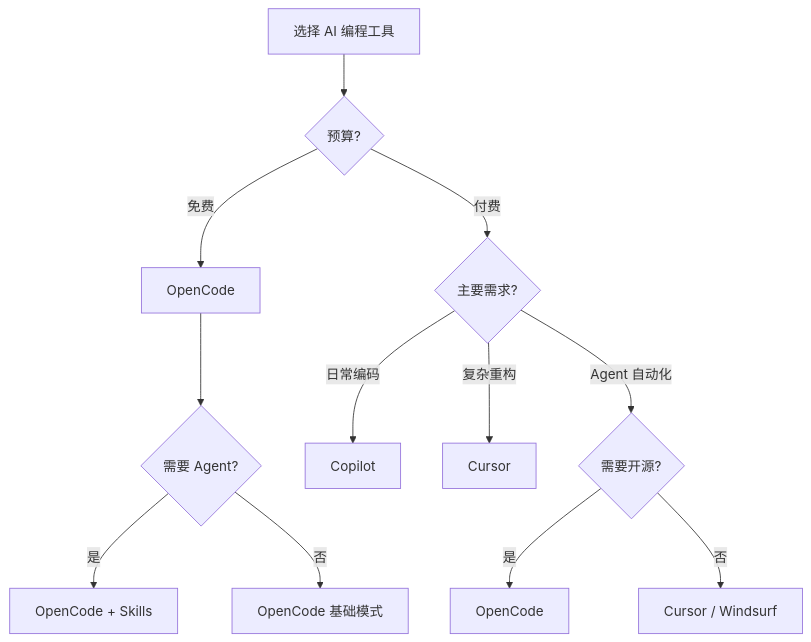
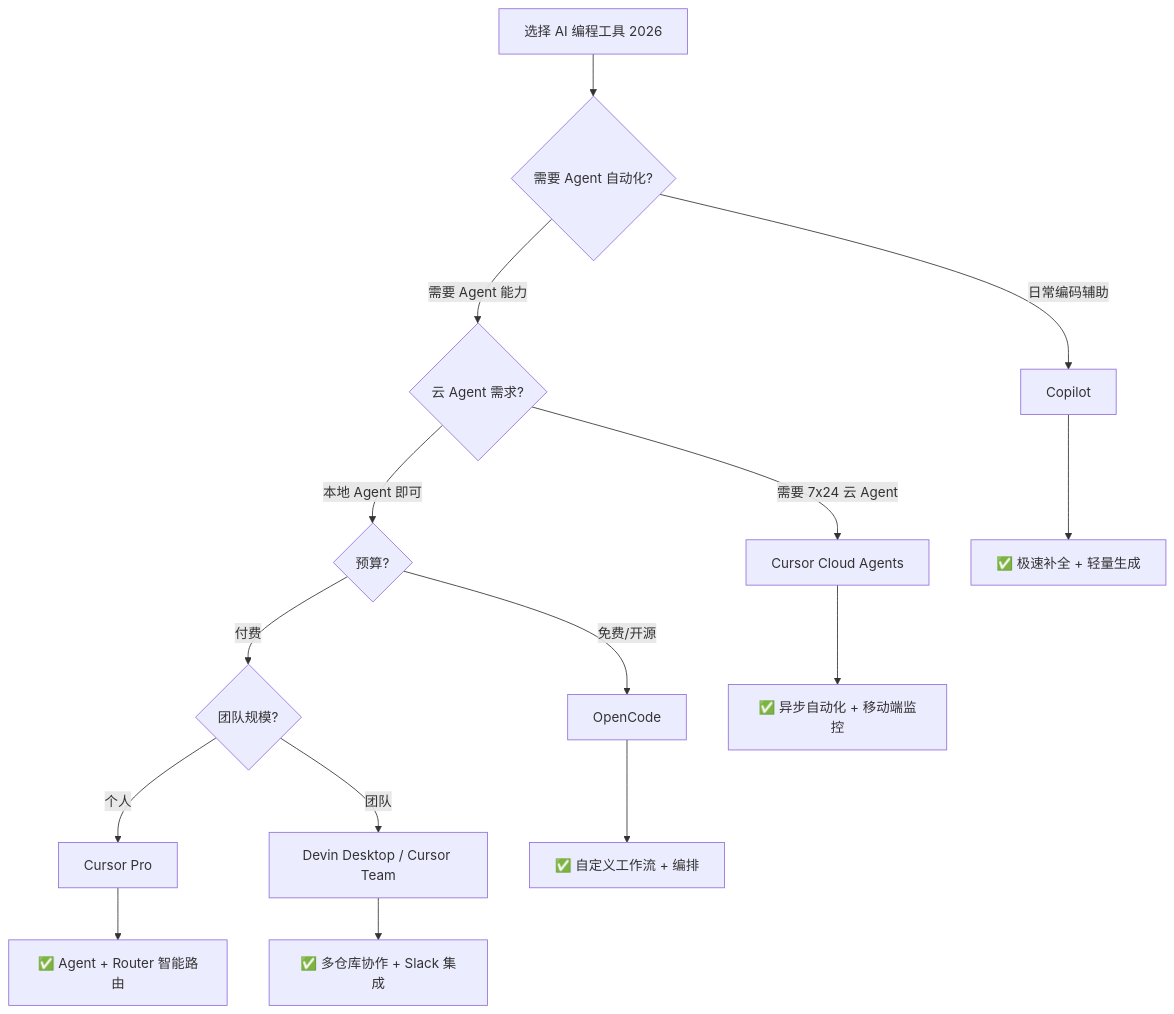
Before and after one commit to TonyXY/frontend-interview: the second of 2 diagrams in docs/ai-dev/ai-tools-overview.md, drawn with Mermaid. The commit also changed other lines of this file and 5 other files, not shown here.

````diff
--- a/docs/ai-dev/ai-tools-overview.md
+++ b/docs/ai-dev/ai-tools-overview.md
@@ -98,16 +113,21 @@
 ```mermaid
 graph TD
-    A[选择 AI 编程工具] --> B{预算?}
-    B -->|免费| C[OpenCode]
-    B -->|付费| D{主要需求?}
+    A[选择 AI 编程工具 2026] --> B{需要 Agent 自动化?}
+    B -->|日常编码辅助| C[Copilot]
+    B -->|需要 Agent 能力| D{云 Agent 需求?}
     
-    D -->|日常编码| E[Copilot]
-    D -->|复杂重构| F[Cursor]
-    D -->|Agent 自动化| G{需要开源?}
-    G -->|是| H[OpenCode]
-    G -->|否| I[Cursor / Windsurf]
+    D -->|需要 7x24 云 Agent| E[Cursor Cloud Agents]
+    D -->|本地 Agent 即可| F{预算?}
     
-    C --> J{需要 Agent?}
-    J -->|是| K[OpenCode + Skills]
-    J -->|否| L[OpenCode 基础模式]
+    F -->|免费/开源| G[OpenCode]
+    F -->|付费| H{团队规模?}
+    
+    H -->|个人| I[Cursor Pro]
+    H -->|团队| J[Devin Desktop / Cursor Team]
+    
+    C --> K[✅ 极速补全 + 轻量生成]
+    E --> L[✅ 异步自动化 + 移动端监控]
+    G --> M[✅ 自定义工作流 + 编排]
+    I --> N[✅ Agent + Router 智能路由]
+    J --> O[✅ 多仓库协作 + Slack 集成]
 ```
````
